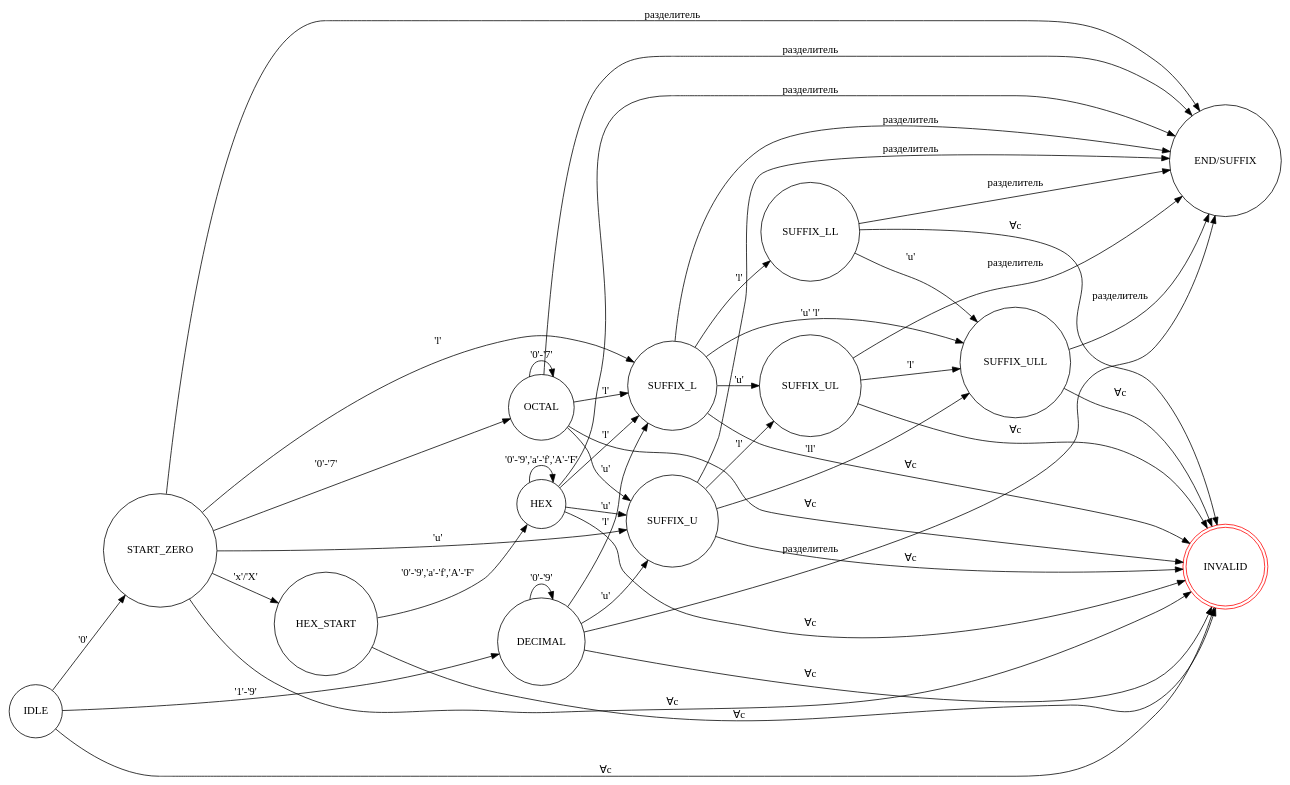
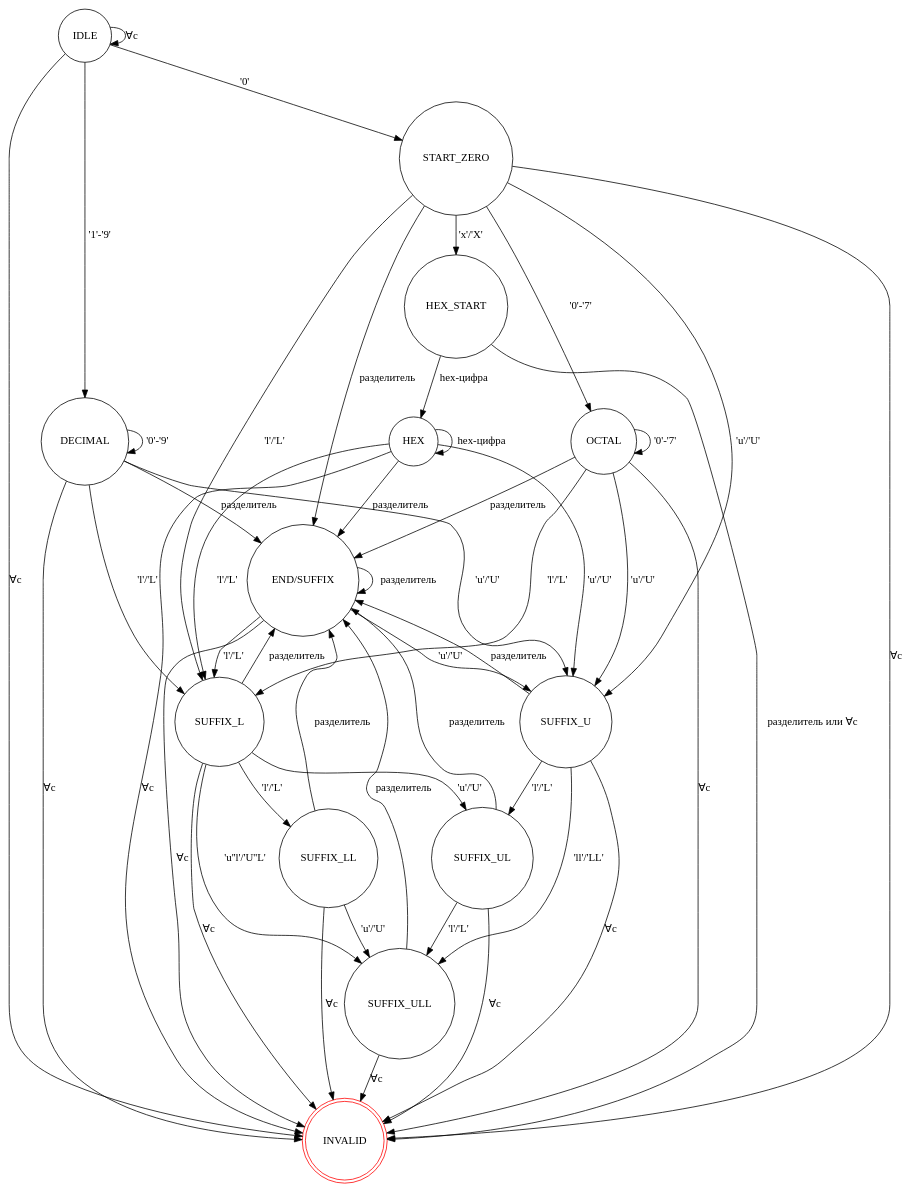
One commit to GreyStekl0/TPL changed the diagram in Lab2/number_fa.dot. Above: the diagram before and after it, drawn with Graphviz. The commit also changed 3 other files, not shown here.

```diff
--- a/Lab2/number_fa.dot
+++ b/Lab2/number_fa.dot
@@ -1,61 +1,77 @@
 digraph NumberFA {
-    rankdir=LR;
     IDLE [shape=circle, label="IDLE"];
     START_ZERO [shape=circle];
     OCTAL [shape=circle];
     DECIMAL [shape=circle];
     HEX_START [shape=circle];
     HEX [shape=circle];
     NUMBER_END_POTENTIAL_SUFFIX [shape=circle, label="END/SUFFIX"];
     SUFFIX_U [shape=circle];
     SUFFIX_L [shape=circle];
     SUFFIX_LL [shape=circle];
     SUFFIX_UL [shape=circle];
     SUFFIX_ULL [shape=circle];
     INVALID [shape=doublecircle, color=red];
 
     IDLE -> START_ZERO [label="'0'"];
     IDLE -> DECIMAL [label="'1'-'9'"];
+    IDLE -> IDLE [label="∀c"];
+    
+    START_ZERO -> HEX_START [label="'x'/'X'"];
     START_ZERO -> OCTAL [label="'0'-'7'"];
-    START_ZERO -> HEX_START [label="'x'/'X'"];
+    START_ZERO -> SUFFIX_U [label="'u'/'U'"];
+    START_ZERO -> SUFFIX_L [label="'l'/'L'"];
     START_ZERO -> NUMBER_END_POTENTIAL_SUFFIX [label="разделитель"];
-    START_ZERO -> SUFFIX_U [label="'u'"];
-    START_ZERO -> SUFFIX_L [label="'l'"];
+    START_ZERO -> INVALID [label="∀c"];
+
+    DECIMAL -> DECIMAL [label="'0'-'9'"];
+    DECIMAL -> SUFFIX_U [label="'u'/'U'"];
+    DECIMAL -> SUFFIX_L [label="'l'/'L'"];
+    DECIMAL -> NUMBER_END_POTENTIAL_SUFFIX [label="разделитель"];
+    DECIMAL -> INVALID [label="∀c"];
+
     OCTAL -> OCTAL [label="'0'-'7'"];
+    OCTAL -> SUFFIX_U [label="'u'/'U'"];
+    OCTAL -> SUFFIX_L [label="'l'/'L'"];
     OCTAL -> NUMBER_END_POTENTIAL_SUFFIX [label="разделитель"];
-    OCTAL -> SUFFIX_U [label="'u'"];
-    OCTAL -> SUFFIX_L [label="'l'"];
-    DECIMAL -> DECIMAL [label="'0'-'9'"];
-    DECIMAL -> NUMBER_END_POTENTIAL_SUFFIX [label="разделитель"];
-    DECIMAL -> SUFFIX_U [label="'u'"];
-    DECIMAL -> SUFFIX_L [label="'l'"];
-    HEX_START -> HEX [label="'0'-'9','a'-'f','A'-'F'"];
-    HEX -> HEX [label="'0'-'9','a'-'f','A'-'F'"];
+    OCTAL -> INVALID [label="∀c"];
+
+    HEX_START -> HEX [label="hex-цифра"];
+    HEX_START -> INVALID [label="разделитель или ∀c"];
+
+    HEX -> HEX [label="hex-цифра"];
+    HEX -> SUFFIX_U [label="'u'/'U'"];
+    HEX -> SUFFIX_L [label="'l'/'L'"];
     HEX -> NUMBER_END_POTENTIAL_SUFFIX [label="разделитель"];
-    HEX -> SUFFIX_U [label="'u'"];
-    HEX -> SUFFIX_L [label="'l'"];
-    SUFFIX_U -> SUFFIX_UL [label="'l'"];
-    SUFFIX_U -> SUFFIX_ULL [label="'ll'"];
+    HEX -> INVALID [label="∀c"];
+
+    NUMBER_END_POTENTIAL_SUFFIX -> SUFFIX_U [label="'u'/'U'"];
+    NUMBER_END_POTENTIAL_SUFFIX -> SUFFIX_L [label="'l'/'L'"];
+    NUMBER_END_POTENTIAL_SUFFIX -> INVALID [label="∀c"];
+    NUMBER_END_POTENTIAL_SUFFIX -> NUMBER_END_POTENTIAL_SUFFIX [label="разделитель"];
+
+    SUFFIX_U -> SUFFIX_UL [label="'l'/'L'"];
+    SUFFIX_U -> SUFFIX_ULL [label="'ll'/'LL'"];
     SUFFIX_U -> NUMBER_END_POTENTIAL_SUFFIX [label="разделитель"];
-    SUFFIX_L -> SUFFIX_LL [label="'l'"];
-    SUFFIX_L -> SUFFIX_UL [label="'u'"];
-    SUFFIX_L -> SUFFIX_ULL [label="'u' 'l'"];
+    SUFFIX_U -> INVALID [label="∀c"];
+
+    SUFFIX_L -> SUFFIX_LL [label="'l'/'L'"];
+    SUFFIX_L -> SUFFIX_UL [label="'u'/'U'"];
+    SUFFIX_L -> SUFFIX_ULL [label="'u''l'/'U''L'"];
     SUFFIX_L -> NUMBER_END_POTENTIAL_SUFFIX [label="разделитель"];
-    SUFFIX_LL -> SUFFIX_ULL [label="'u'"];
+    SUFFIX_L -> INVALID [label="∀c"];
+
+    SUFFIX_LL -> SUFFIX_ULL [label="'u'/'U'"];
     SUFFIX_LL -> NUMBER_END_POTENTIAL_SUFFIX [label="разделитель"];
-    SUFFIX_UL -> SUFFIX_ULL [label="'l'"];
+    SUFFIX_LL -> INVALID [label="∀c"];
+
+    SUFFIX_UL -> SUFFIX_ULL [label="'l'/'L'"];
     SUFFIX_UL -> NUMBER_END_POTENTIAL_SUFFIX [label="разделитель"];
+    SUFFIX_UL -> INVALID [label="∀c"];
+
     SUFFIX_ULL -> NUMBER_END_POTENTIAL_SUFFIX [label="разделитель"];
+    SUFFIX_ULL -> INVALID [label="∀c"];
+
     // Ошибочные переходы
-    IDLE -> INVALID [label="∀с"];
-    START_ZERO -> INVALID [label="∀с"];
-    OCTAL -> INVALID [label="∀с"];
-    DECIMAL -> INVALID [label="∀с"];
-    HEX_START -> INVALID [label="∀с"];
-    HEX -> INVALID [label="∀с"];
-    SUFFIX_U -> INVALID [label="∀с"];
-    SUFFIX_L -> INVALID [label="∀с"];
-    SUFFIX_LL -> INVALID [label="∀с"];
-    SUFFIX_UL -> INVALID [label="∀с"];
-    SUFFIX_ULL -> INVALID [label="∀с"];
+    IDLE -> INVALID [label="∀c"];
 }
```
